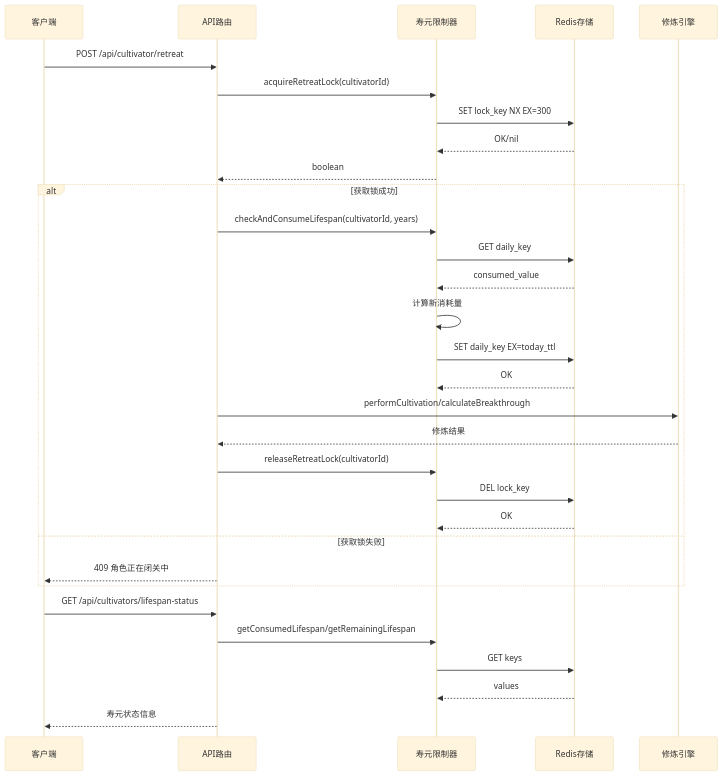
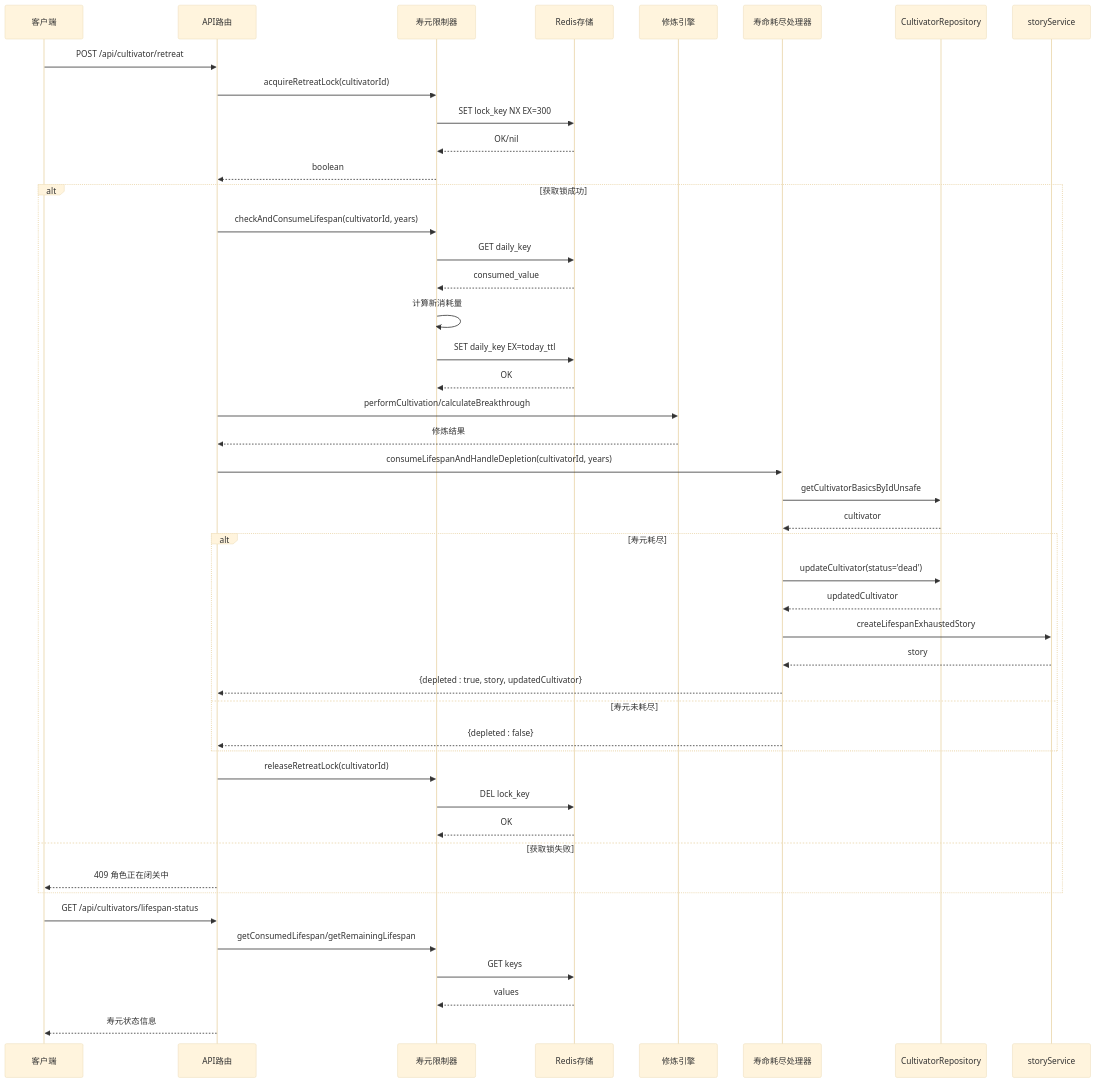
The fourth of 10 diagrams in .qoder/repowiki/zh/content/缓存与性能优化/寿命消耗限制器.md (ChurchTao/Daoyou), drawn with Mermaid (base theme) before and after one commit. The commit also changed other lines of this file and 9 other files, not shown here.

````diff
--- a/.qoder/repowiki/zh/content/缓存与性能优化/寿命消耗限制器.md
+++ b/.qoder/repowiki/zh/content/缓存与性能优化/寿命消耗限制器.md
@@ -128,33 +164,46 @@
 ```mermaid
 sequenceDiagram
 participant Client as 客户端
 participant API as API路由
 participant Limiter as 寿元限制器
 participant Redis as Redis存储
 participant Engine as 修炼引擎
+participant Handler as 寿命耗尽处理器
 Client->>API : POST /api/cultivator/retreat
 API->>Limiter : acquireRetreatLock(cultivatorId)
 Limiter->>Redis : SET lock_key NX EX=300
 Redis-->>Limiter : OK/nil
 Limiter-->>API : boolean
 alt 获取锁成功
 API->>Limiter : checkAndConsumeLifespan(cultivatorId, years)
 Limiter->>Redis : GET daily_key
 Redis-->>Limiter : consumed_value
 Limiter->>Limiter : 计算新消耗量
 Limiter->>Redis : SET daily_key EX=today_ttl
 Redis-->>Limiter : OK
 API->>Engine : performCultivation/calculateBreakthrough
 Engine-->>API : 修炼结果
+API->>Handler : consumeLifespanAndHandleDepletion(cultivatorId, years)
+Handler->>CultivatorRepository : getCultivatorBasicsByIdUnsafe
+CultivatorRepository-->>Handler : cultivator
+alt 寿元耗尽
+Handler->>CultivatorRepository : updateCultivator(status='dead')
+CultivatorRepository-->>Handler : updatedCultivator
+Handler->>storyService : createLifespanExhaustedStory
+storyService-->>Handler : story
+Handler-->>API : {depleted : true, story, updatedCultivator}
+else 寿元未耗尽
+Handler-->>API : {depleted : false}
+end
 API->>Limiter : releaseRetreatLock(cultivatorId)
 Limiter->>Redis : DEL lock_key
 Redis-->>Limiter : OK
 else 获取锁失败
 API-->>Client : 409 角色正在闭关中
 end
 Client->>API : GET /api/cultivators/lifespan-status
 API->>Limiter : getConsumedLifespan/getRemainingLifespan
 Limiter->>Redis : GET keys
 Redis-->>Limiter : values
 API-->>Client : 寿元状态信息
 ```
````
